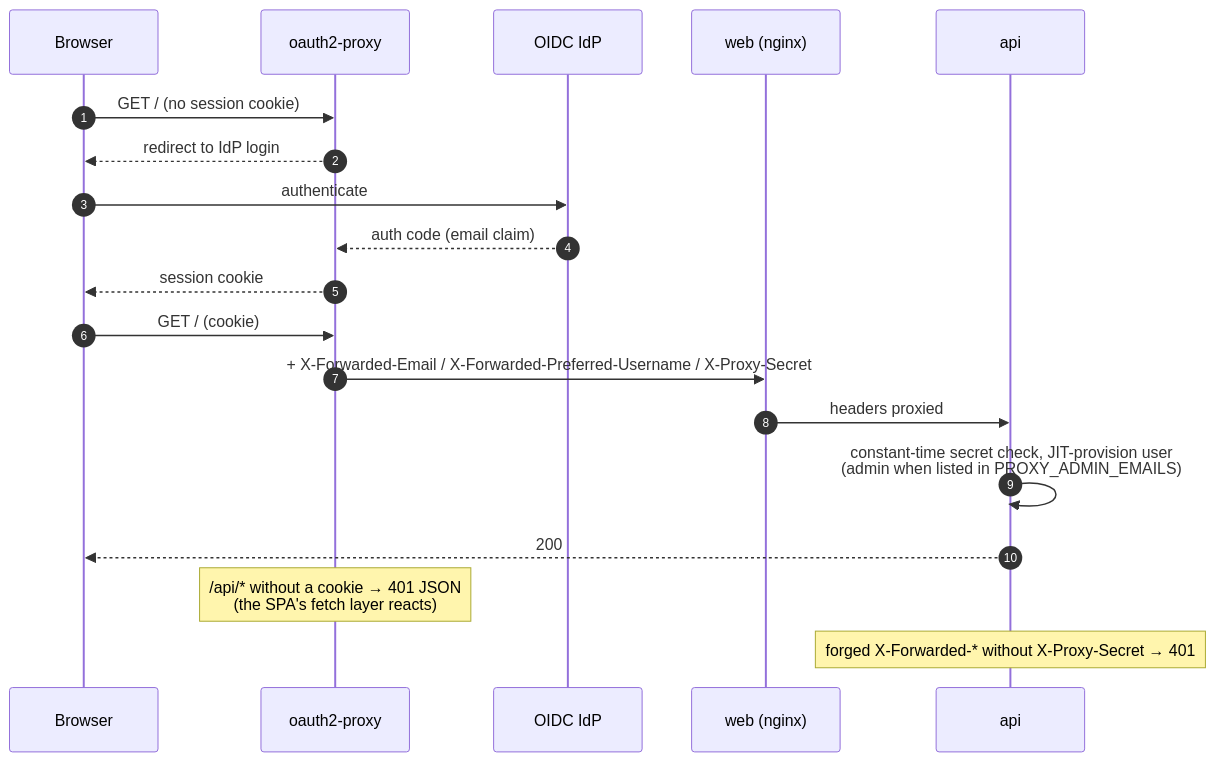
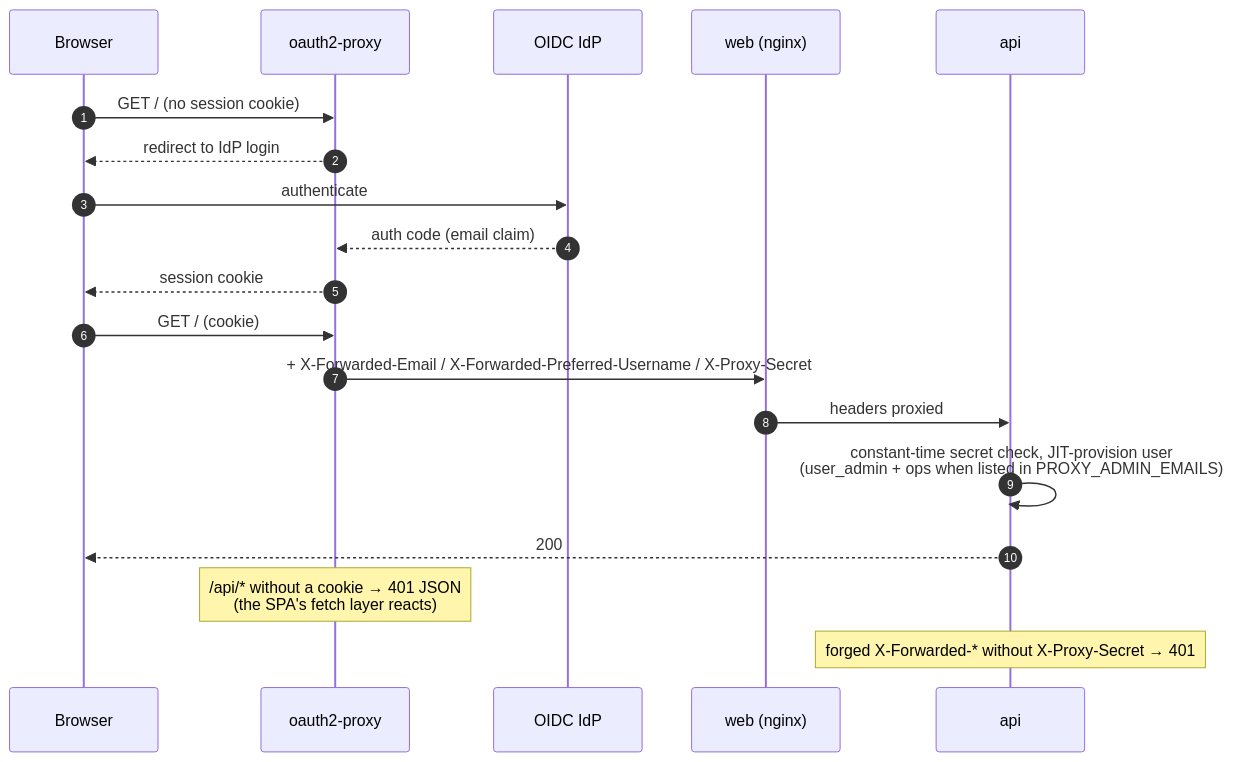
Before and after one commit to kehao-playground/graphrag-web-ui: the third of 3 diagrams in README.md, drawn with Mermaid. The commit also changed other lines of this file and 5 other files, not shown here.

````diff
--- a/README.md
+++ b/README.md
@@ -227,21 +233,21 @@
 ```mermaid
 sequenceDiagram
     autonumber
     participant B as Browser
     participant O as oauth2-proxy
     participant I as OIDC IdP
     participant N as web (nginx)
     participant A as api
     B->>O: GET / (no session cookie)
     O-->>B: redirect to IdP login
     B->>I: authenticate
     I-->>O: auth code (email claim)
     O-->>B: session cookie
     B->>O: GET / (cookie)
     O->>N: + X-Forwarded-Email / X-Forwarded-Preferred-Username / X-Proxy-Secret
     N->>A: headers proxied
-    A->>A: constant-time secret check, JIT-provision user<br/>(admin when listed in PROXY_ADMIN_EMAILS)
+    A->>A: constant-time secret check, JIT-provision user<br/>(user_admin + ops when listed in PROXY_ADMIN_EMAILS)
     A-->>B: 200
     note over O: /api/* without a cookie → 401 JSON<br/>(the SPA's fetch layer reacts)
     note over A: forged X-Forwarded-* without X-Proxy-Secret → 401
 ```
````
